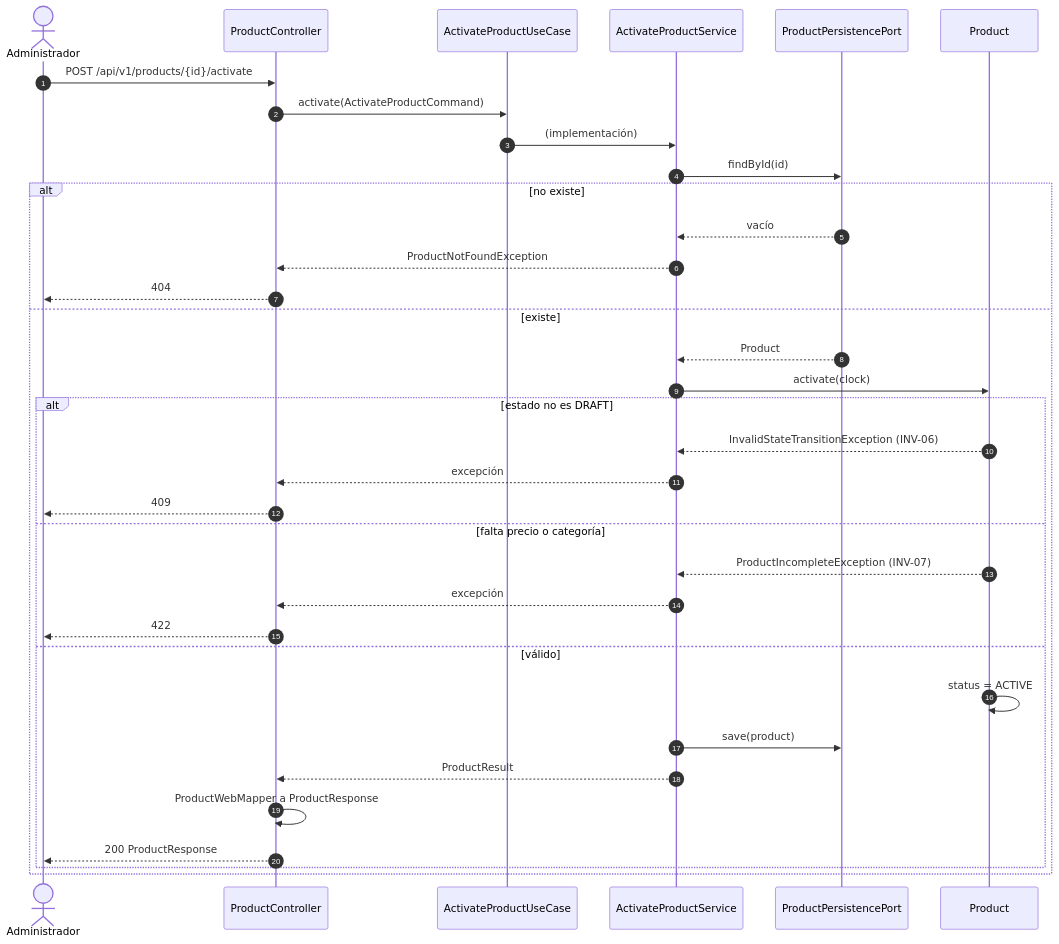
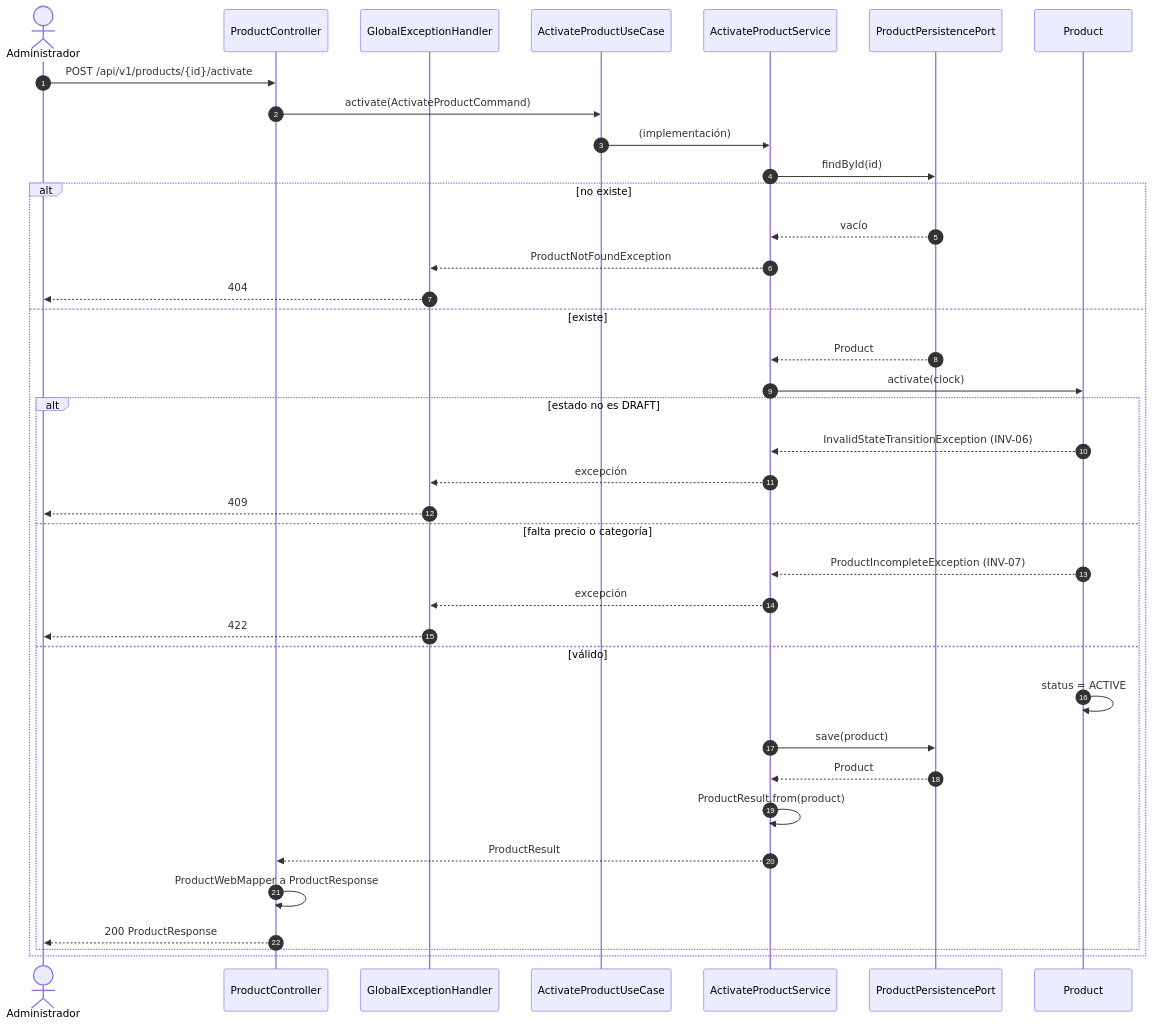
One commit to GalaxyTraining/CURS-000658-AI-SDD-F4 changed the third of 3 diagrams in specs/architecture/architecture.md. Above: the diagram before and after it, drawn with Mermaid. The commit also changed other lines of this file and 1 other file, not shown here.

First line of the commit message:
design: diagramas sincronizados con la implementación

````diff
--- a/specs/architecture/architecture.md
+++ b/specs/architecture/architecture.md
@@ -144,38 +152,41 @@
 ```mermaid
 sequenceDiagram
     autonumber
     actor A as Administrador
     participant C as ProductController
+    participant H as GlobalExceptionHandler
     participant UC as ActivateProductUseCase
     participant S as ActivateProductService
     participant PP as ProductPersistencePort
     participant P as Product
 
     A->>C: POST /api/v1/products/{id}/activate
     C->>UC: activate(ActivateProductCommand)
     UC->>S: (implementación)
     S->>PP: findById(id)
     alt no existe
         PP-->>S: vacío
-        S-->>C: ProductNotFoundException
-        C-->>A: 404
+        S-->>H: ProductNotFoundException
+        H-->>A: 404
     else existe
         PP-->>S: Product
         S->>P: activate(clock)
         alt estado no es DRAFT
             P-->>S: InvalidStateTransitionException (INV-06)
-            S-->>C: excepción
-            C-->>A: 409
+            S-->>H: excepción
+            H-->>A: 409
         else falta precio o categoría
             P-->>S: ProductIncompleteException (INV-07)
-            S-->>C: excepción
-            C-->>A: 422
+            S-->>H: excepción
+            H-->>A: 422
         else válido
             P->>P: status = ACTIVE
             S->>PP: save(product)
+            PP-->>S: Product
+            S->>S: ProductResult.from(product)
             S-->>C: ProductResult
             C->>C: ProductWebMapper a ProductResponse
             C-->>A: 200 ProductResponse
         end
     end
 ```
````
